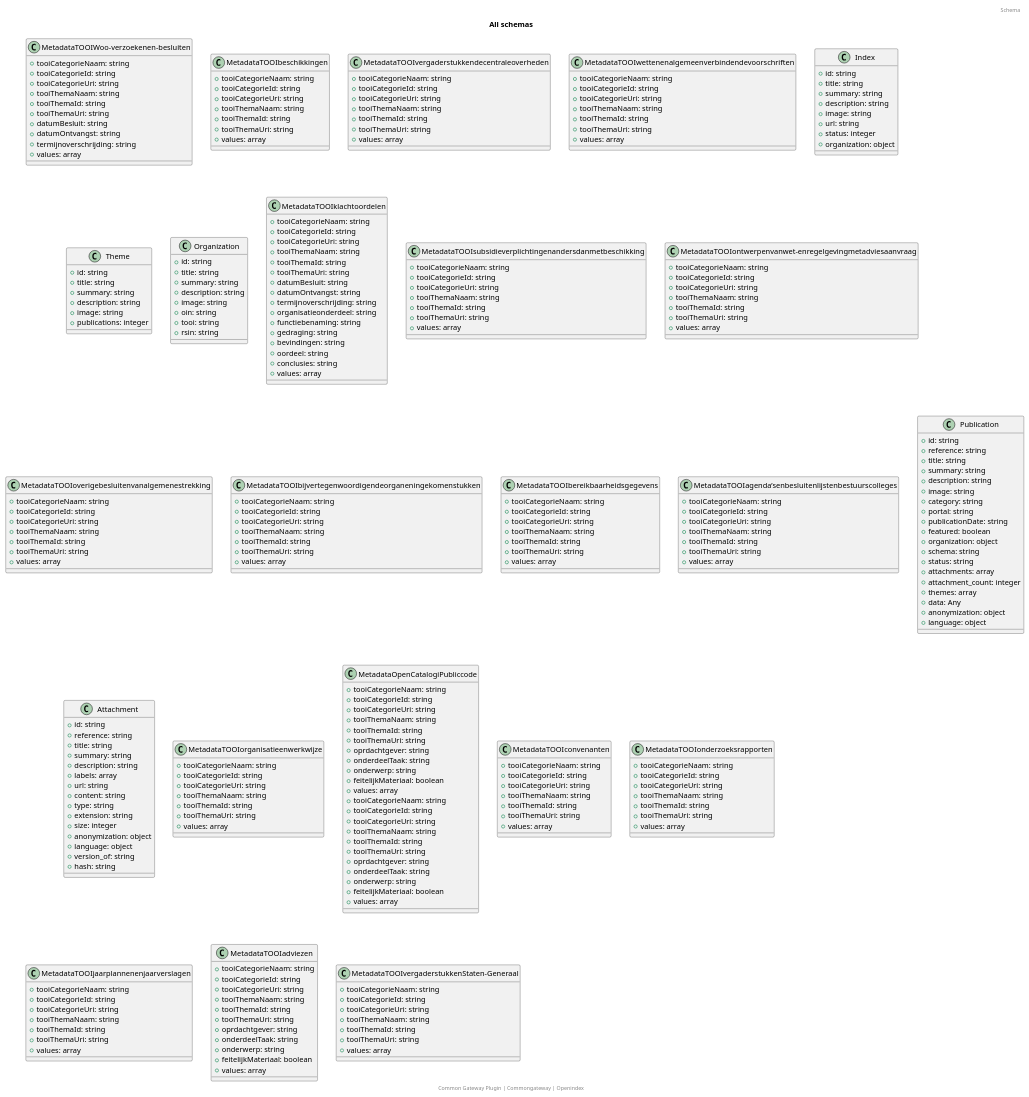
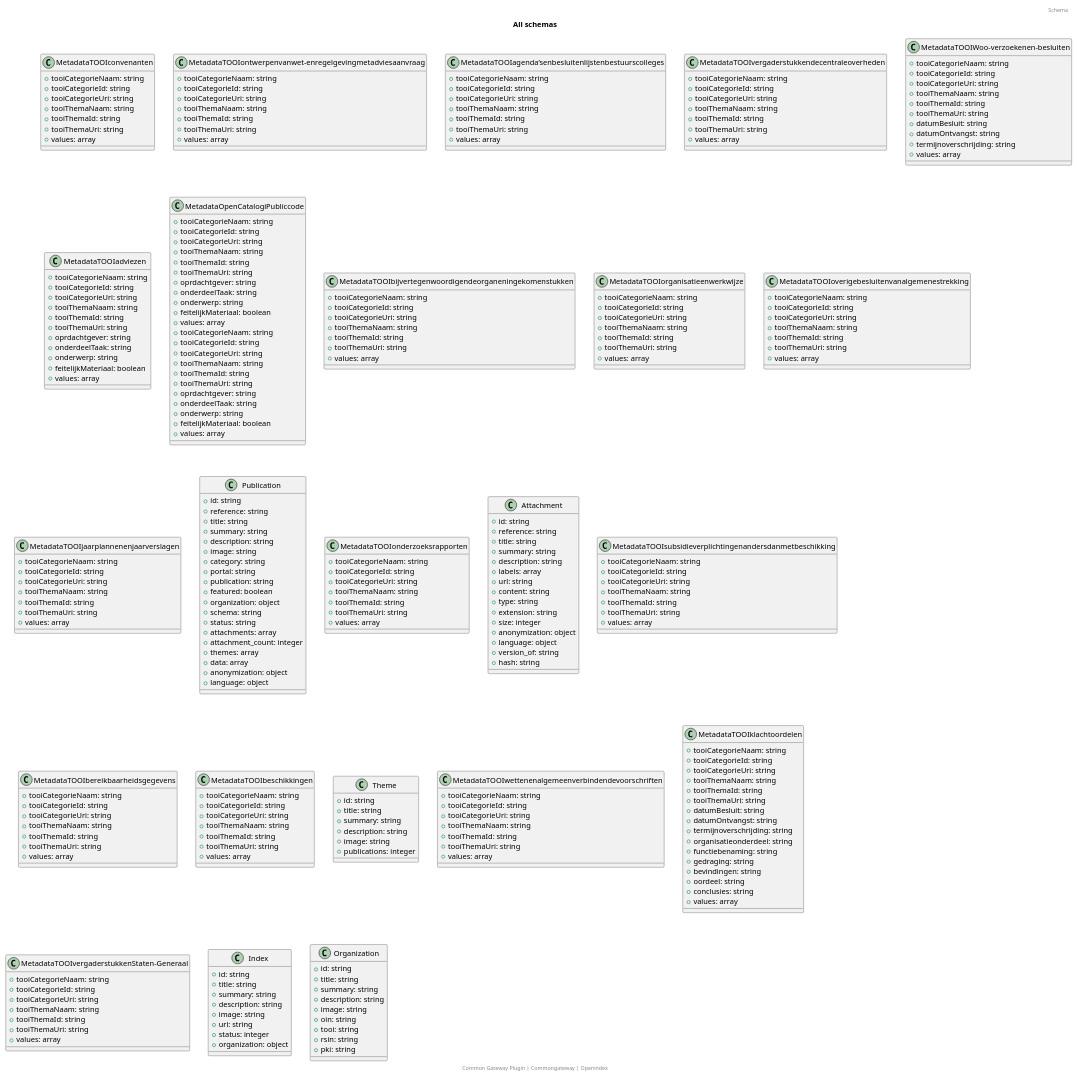
One commit to CommonGateway/OpenIndex changed the diagram in docs/schema/all_schema_classes.puml. Above: the diagram before and after it, drawn with PlantUML. The commit also changed 7 other files, not shown here.

```diff
--- a/docs/schema/all_schema_classes.puml
+++ b/docs/schema/all_schema_classes.puml
@@ -2,19 +2,25 @@
 title: All schemas
 footer: Common Gateway Plugin | Commongateway | Openindex 
 header: Schema
-class MetadataTOOIWoo-verzoekenen-besluiten {
+class MetadataTOOIconvenanten {
   + tooiCategorieNaam: string
   + tooiCategorieId: string
   + tooiCategorieUri: string
   + tooiThemaNaam: string
   + tooiThemaId: string
   + tooiThemaUri: string
-  + datumBesluit: string
-  + datumOntvangst: string
-  + termijnoverschrijding: string
   + values: array
 }
-class MetadataTOOIbeschikkingen {
+class MetadataTOOIontwerpenvanwet-enregelgevingmetadviesaanvraag {
+  + tooiCategorieNaam: string
+  + tooiCategorieId: string
+  + tooiCategorieUri: string
+  + tooiThemaNaam: string
+  + tooiThemaId: string
+  + tooiThemaUri: string
+  + values: array
+}
+class MetadataTOOIagenda’senbesluitenlijstenbestuurscolleges {
   + tooiCategorieNaam: string
   + tooiCategorieId: string
   + tooiCategorieUri: string
@@ -32,44 +38,7 @@
   + tooiThemaUri: string
   + values: array
 }
-class MetadataTOOIwettenenalgemeenverbindendevoorschriften {
-  + tooiCategorieNaam: string
-  + tooiCategorieId: string
-  + tooiCategorieUri: string
-  + tooiThemaNaam: string
-  + tooiThemaId: string
-  + tooiThemaUri: string
-  + values: array
-}
-class Index {
-  + id: string
-  + title: string
-  + summary: string
-  + description: string
-  + image: string
-  + url: string
-  + status: integer
-  + organization: object
-}
-class Theme {
-  + id: string
-  + title: string
-  + summary: string
-  + description: string
-  + image: string
-  + publications: integer
-}
-class Organization {
-  + id: string
-  + title: string
-  + summary: string
-  + description: string
-  + image: string
-  + oin: string
-  + tooi: string
-  + rsin: string
-}
-class MetadataTOOIklachtoordelen {
+class MetadataTOOIWoo-verzoekenen-besluiten {
   + tooiCategorieNaam: string
   + tooiCategorieId: string
   + tooiCategorieUri: string
@@ -79,153 +48,6 @@
   + datumBesluit: string
   + datumOntvangst: string
   + termijnoverschrijding: string
-  + organisatieonderdeel: string
-  + functiebenaming: string
-  + gedraging: string
-  + bevindingen: string
-  + oordeel: string
-  + conclusies: string
-  + values: array
-}
-class MetadataTOOIsubsidieverplichtingenandersdanmetbeschikking {
-  + tooiCategorieNaam: string
-  + tooiCategorieId: string
-  + tooiCategorieUri: string
-  + tooiThemaNaam: string
-  + tooiThemaId: string
-  + tooiThemaUri: string
-  + values: array
-}
-class MetadataTOOIontwerpenvanwet-enregelgevingmetadviesaanvraag {
-  + tooiCategorieNaam: string
-  + tooiCategorieId: string
-  + tooiCategorieUri: string
-  + tooiThemaNaam: string
-  + tooiThemaId: string
-  + tooiThemaUri: string
-  + values: array
-}
-class MetadataTOOIoverigebesluitenvanalgemenestrekking {
-  + tooiCategorieNaam: string
-  + tooiCategorieId: string
-  + tooiCategorieUri: string
-  + tooiThemaNaam: string
-  + tooiThemaId: string
-  + tooiThemaUri: string
-  + values: array
-}
-class MetadataTOOIbijvertegenwoordigendeorganeningekomenstukken {
-  + tooiCategorieNaam: string
-  + tooiCategorieId: string
-  + tooiCategorieUri: string
-  + tooiThemaNaam: string
-  + tooiThemaId: string
-  + tooiThemaUri: string
-  + values: array
-}
-class MetadataTOOIbereikbaarheidsgegevens {
-  + tooiCategorieNaam: string
-  + tooiCategorieId: string
-  + tooiCategorieUri: string
-  + tooiThemaNaam: string
-  + tooiThemaId: string
-  + tooiThemaUri: string
-  + values: array
-}
-class MetadataTOOIagenda’senbesluitenlijstenbestuurscolleges {
-  + tooiCategorieNaam: string
-  + tooiCategorieId: string
-  + tooiCategorieUri: string
-  + tooiThemaNaam: string
-  + tooiThemaId: string
-  + tooiThemaUri: string
-  + values: array
-}
-class Publication {
-  + id: string
-  + reference: string
-  + title: string
-  + summary: string
-  + description: string
-  + image: string
-  + category: string
-  + portal: string
-  + publicationDate: string
-  + featured: boolean
-  + organization: object
-  + schema: string
-  + status: string
-  + attachments: array
-  + attachment_count: integer
-  + themes: array
-  + data: Any
-  + anonymization: object
-  + language: object
-}
-class Attachment {
-  + id: string
-  + reference: string
-  + title: string
-  + summary: string
-  + description: string
-  + labels: array
-  + url: string
-  + content: string
-  + type: string
-  + extension: string
-  + size: integer
-  + anonymization: object
-  + language: object
-  + version_of: string
-  + hash: string
-}
-class MetadataTOOIorganisatieenwerkwijze {
-  + tooiCategorieNaam: string
-  + tooiCategorieId: string
-  + tooiCategorieUri: string
-  + tooiThemaNaam: string
-  + tooiThemaId: string
-  + tooiThemaUri: string
-  + values: array
-}
-class MetadataOpenCatalogiPubliccode {
-  + tooiCategorieNaam: string
-  + tooiCategorieId: string
-  + tooiCategorieUri: string
-  + tooiThemaNaam: string
-  + tooiThemaId: string
-  + tooiThemaUri: string
-  + oprdachtgever: string
-  + onderdeelTaak: string
-  + onderwerp: string
-  + feitelijkMateriaal: boolean
-  + values: array
-}
-class MetadataTOOIconvenanten {
-  + tooiCategorieNaam: string
-  + tooiCategorieId: string
-  + tooiCategorieUri: string
-  + tooiThemaNaam: string
-  + tooiThemaId: string
-  + tooiThemaUri: string
-  + values: array
-}
-class MetadataTOOIonderzoeksrapporten {
-  + tooiCategorieNaam: string
-  + tooiCategorieId: string
-  + tooiCategorieUri: string
-  + tooiThemaNaam: string
-  + tooiThemaId: string
-  + tooiThemaUri: string
-  + values: array
-}
-class MetadataTOOIjaarplannenenjaarverslagen {
-  + tooiCategorieNaam: string
-  + tooiCategorieId: string
-  + tooiCategorieUri: string
-  + tooiThemaNaam: string
-  + tooiThemaId: string
-  + tooiThemaUri: string
   + values: array
 }
 class MetadataTOOIadviezen {
@@ -254,6 +76,164 @@
   + feitelijkMateriaal: boolean
   + values: array
 }
+class MetadataTOOIbijvertegenwoordigendeorganeningekomenstukken {
+  + tooiCategorieNaam: string
+  + tooiCategorieId: string
+  + tooiCategorieUri: string
+  + tooiThemaNaam: string
+  + tooiThemaId: string
+  + tooiThemaUri: string
+  + values: array
+}
+class MetadataTOOIorganisatieenwerkwijze {
+  + tooiCategorieNaam: string
+  + tooiCategorieId: string
+  + tooiCategorieUri: string
+  + tooiThemaNaam: string
+  + tooiThemaId: string
+  + tooiThemaUri: string
+  + values: array
+}
+class MetadataTOOIoverigebesluitenvanalgemenestrekking {
+  + tooiCategorieNaam: string
+  + tooiCategorieId: string
+  + tooiCategorieUri: string
+  + tooiThemaNaam: string
+  + tooiThemaId: string
+  + tooiThemaUri: string
+  + values: array
+}
+class MetadataTOOIjaarplannenenjaarverslagen {
+  + tooiCategorieNaam: string
+  + tooiCategorieId: string
+  + tooiCategorieUri: string
+  + tooiThemaNaam: string
+  + tooiThemaId: string
+  + tooiThemaUri: string
+  + values: array
+}
+class Publication {
+  + id: string
+  + reference: string
+  + title: string
+  + summary: string
+  + description: string
+  + image: string
+  + category: string
+  + portal: string
+  + publication: string
+  + featured: boolean
+  + organization: object
+  + schema: string
+  + status: string
+  + attachments: array
+  + attachment_count: integer
+  + themes: array
+  + data: array
+  + anonymization: object
+  + language: object
+}
+class MetadataTOOIonderzoeksrapporten {
+  + tooiCategorieNaam: string
+  + tooiCategorieId: string
+  + tooiCategorieUri: string
+  + tooiThemaNaam: string
+  + tooiThemaId: string
+  + tooiThemaUri: string
+  + values: array
+}
+class Attachment {
+  + id: string
+  + reference: string
+  + title: string
+  + summary: string
+  + description: string
+  + labels: array
+  + url: string
+  + content: string
+  + type: string
+  + extension: string
+  + size: integer
+  + anonymization: object
+  + language: object
+  + version_of: string
+  + hash: string
+}
+class MetadataOpenCatalogiPubliccode {
+  + tooiCategorieNaam: string
+  + tooiCategorieId: string
+  + tooiCategorieUri: string
+  + tooiThemaNaam: string
+  + tooiThemaId: string
+  + tooiThemaUri: string
+  + oprdachtgever: string
+  + onderdeelTaak: string
+  + onderwerp: string
+  + feitelijkMateriaal: boolean
+  + values: array
+}
+class MetadataTOOIsubsidieverplichtingenandersdanmetbeschikking {
+  + tooiCategorieNaam: string
+  + tooiCategorieId: string
+  + tooiCategorieUri: string
+  + tooiThemaNaam: string
+  + tooiThemaId: string
+  + tooiThemaUri: string
+  + values: array
+}
+class MetadataTOOIbereikbaarheidsgegevens {
+  + tooiCategorieNaam: string
+  + tooiCategorieId: string
+  + tooiCategorieUri: string
+  + tooiThemaNaam: string
+  + tooiThemaId: string
+  + tooiThemaUri: string
+  + values: array
+}
+class MetadataTOOIbeschikkingen {
+  + tooiCategorieNaam: string
+  + tooiCategorieId: string
+  + tooiCategorieUri: string
+  + tooiThemaNaam: string
+  + tooiThemaId: string
+  + tooiThemaUri: string
+  + values: array
+}
+class Theme {
+  + id: string
+  + title: string
+  + summary: string
+  + description: string
+  + image: string
+  + publications: integer
+}
+class MetadataTOOIwettenenalgemeenverbindendevoorschriften {
+  + tooiCategorieNaam: string
+  + tooiCategorieId: string
+  + tooiCategorieUri: string
+  + tooiThemaNaam: string
+  + tooiThemaId: string
+  + tooiThemaUri: string
+  + values: array
+}
+class MetadataTOOIklachtoordelen {
+  + tooiCategorieNaam: string
+  + tooiCategorieId: string
+  + tooiCategorieUri: string
+  + tooiThemaNaam: string
+  + tooiThemaId: string
+  + tooiThemaUri: string
+  + datumBesluit: string
+  + datumOntvangst: string
+  + termijnoverschrijding: string
+  + organisatieonderdeel: string
+  + functiebenaming: string
+  + gedraging: string
+  + bevindingen: string
+  + oordeel: string
+  + conclusies: string
+  + values: array
+}
 class MetadataTOOIvergaderstukkenStaten-Generaal {
   + tooiCategorieNaam: string
   + tooiCategorieId: string
@@ -263,4 +243,25 @@
   + tooiThemaUri: string
   + values: array
 }
+class Index {
+  + id: string
+  + title: string
+  + summary: string
+  + description: string
+  + image: string
+  + url: string
+  + status: integer
+  + organization: object
+}
+class Organization {
+  + id: string
+  + title: string
+  + summary: string
+  + description: string
+  + image: string
+  + oin: string
+  + tooi: string
+  + rsin: string
+  + pki: string
+}
 @enduml
```
